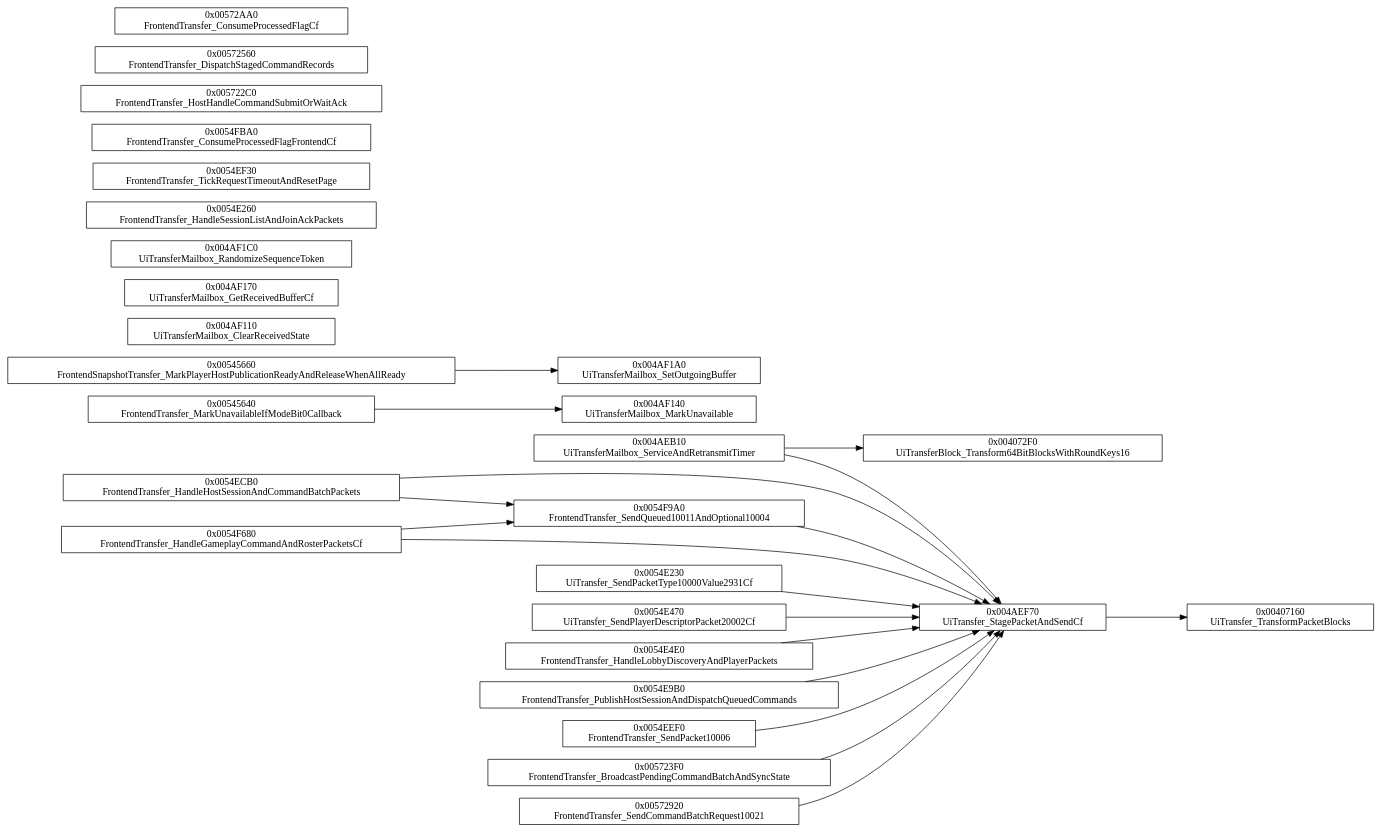
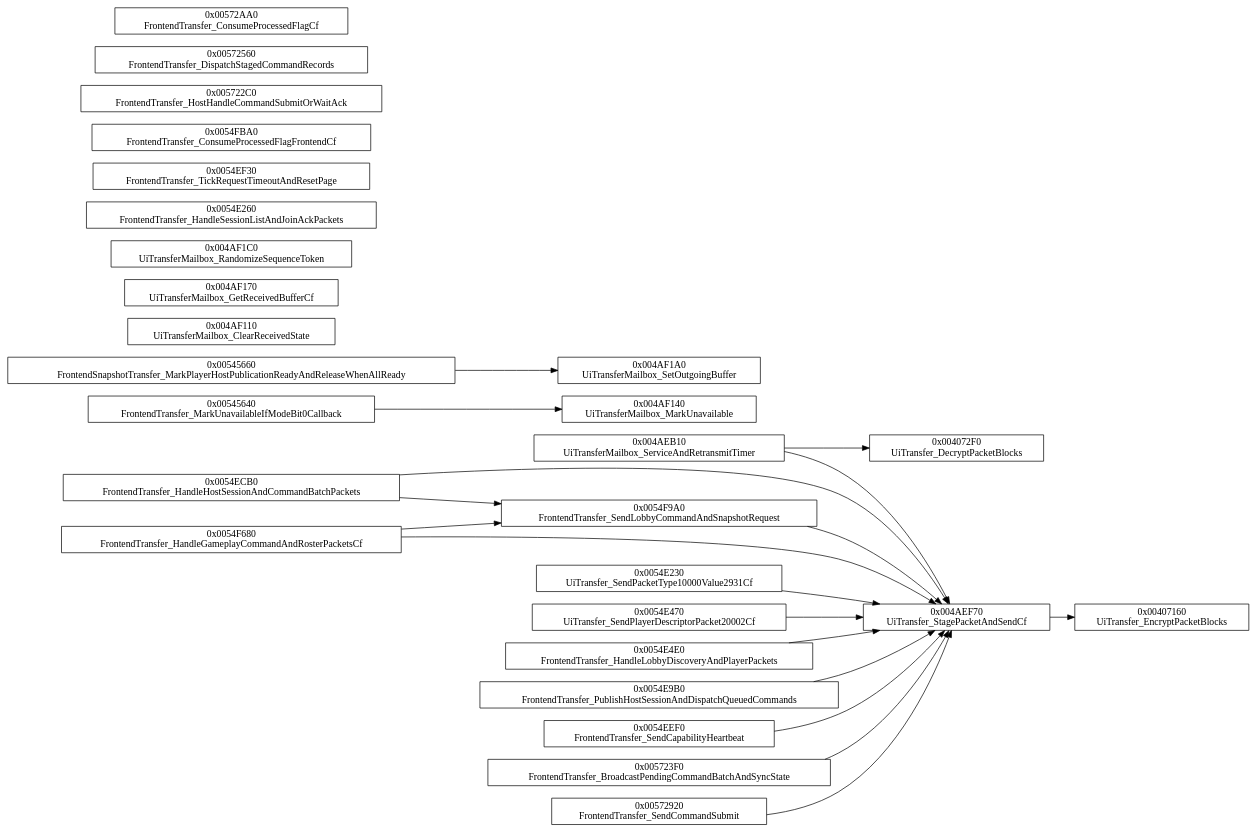
Before and after one commit to idkFoxes/open-thandor: the diagram in docs/callgraphs/network/protocol/transfer.dot, drawn with Graphviz. The commit also changed 238 other files, not shown here.

```diff
--- a/docs/callgraphs/network/protocol/transfer.dot
+++ b/docs/callgraphs/network/protocol/transfer.dot
@@ -1,48 +1,48 @@
 digraph thandor {
   rankdir=LR;
   node [shape=box];
   "UiTransferMailbox_ServiceAndRetransmitTimer" [label="0x004AEB10\nUiTransferMailbox_ServiceAndRetransmitTimer"];
   "FrontendTransfer_HandleHostSessionAndCommandBatchPackets" [label="0x0054ECB0\nFrontendTransfer_HandleHostSessionAndCommandBatchPackets"];
   "FrontendTransfer_HandleGameplayCommandAndRosterPackets" [label="0x0054F680\nFrontendTransfer_HandleGameplayCommandAndRosterPacketsCf"];
   "FrontendTransfer_MarkUnavailableIfModeBit0Callback" [label="0x00545640\nFrontendTransfer_MarkUnavailableIfModeBit0Callback"];
   "FrontendSnapshotTransfer_MarkPlayerHostPublicationReadyAndReleaseWhenAllReady" [label="0x00545660\nFrontendSnapshotTransfer_MarkPlayerHostPublicationReadyAndReleaseWhenAllReady"];
-  "UiTransfer_SendPacketType10000Value2931" [label="0x0054E230\nUiTransfer_SendPacketType10000Value2931Cf"];
-  "UiTransfer_SendPlayerDescriptorPacket20002" [label="0x0054E470\nUiTransfer_SendPlayerDescriptorPacket20002Cf"];
+  "UiTransfer_SendDiscoveryProbe" [label="0x0054E230\nUiTransfer_SendPacketType10000Value2931Cf"];
+  "UiTransfer_SendPlayerDescriptor" [label="0x0054E470\nUiTransfer_SendPlayerDescriptorPacket20002Cf"];
   "FrontendTransfer_HandleLobbyDiscoveryAndPlayerPackets" [label="0x0054E4E0\nFrontendTransfer_HandleLobbyDiscoveryAndPlayerPackets"];
   "FrontendTransfer_PublishHostSessionAndDispatchQueuedCommands" [label="0x0054E9B0\nFrontendTransfer_PublishHostSessionAndDispatchQueuedCommands"];
-  "FrontendTransfer_SendPacket10006" [label="0x0054EEF0\nFrontendTransfer_SendPacket10006"];
+  "FrontendTransfer_SendCapabilityHeartbeat" [label="0x0054EEF0\nFrontendTransfer_SendCapabilityHeartbeat"];
   "FrontendTransfer_BroadcastPendingCommandBatchAndSyncState" [label="0x005723F0\nFrontendTransfer_BroadcastPendingCommandBatchAndSyncState"];
-  "FrontendTransfer_SendCommandBatchRequest10021" [label="0x00572920\nFrontendTransfer_SendCommandBatchRequest10021"];
+  "FrontendTransfer_SendCommandSubmit" [label="0x00572920\nFrontendTransfer_SendCommandSubmit"];
   "UiTransferMailbox_ClearReceivedState" [label="0x004AF110\nUiTransferMailbox_ClearReceivedState"];
   "UiTransferMailbox_GetReceivedBuffer" [label="0x004AF170\nUiTransferMailbox_GetReceivedBufferCf"];
   "UiTransferMailbox_RandomizeSequenceToken" [label="0x004AF1C0\nUiTransferMailbox_RandomizeSequenceToken"];
   "FrontendTransfer_HandleSessionListAndJoinAckPackets" [label="0x0054E260\nFrontendTransfer_HandleSessionListAndJoinAckPackets"];
   "FrontendTransfer_TickRequestTimeoutAndResetPage" [label="0x0054EF30\nFrontendTransfer_TickRequestTimeoutAndResetPage"];
   "FrontendTransfer_ConsumeProcessedFlagFrontend" [label="0x0054FBA0\nFrontendTransfer_ConsumeProcessedFlagFrontendCf"];
   "FrontendTransfer_HostHandleCommandSubmitOrWaitAck" [label="0x005722C0\nFrontendTransfer_HostHandleCommandSubmitOrWaitAck"];
   "FrontendTransfer_DispatchStagedCommandRecords" [label="0x00572560\nFrontendTransfer_DispatchStagedCommandRecords"];
   "FrontendTransfer_ConsumeProcessedFlag" [label="0x00572AA0\nFrontendTransfer_ConsumeProcessedFlagCf"];
-  "UiTransfer_TransformPacketBlocks" [label="0x00407160\nUiTransfer_TransformPacketBlocks"];
-  "UiTransferBlock_Transform64BitBlocksWithRoundKeys16" [label="0x004072F0\nUiTransferBlock_Transform64BitBlocksWithRoundKeys16"];
+  "UiTransfer_EncryptPacketBlocks" [label="0x00407160\nUiTransfer_EncryptPacketBlocks"];
+  "UiTransfer_DecryptPacketBlocks" [label="0x004072F0\nUiTransfer_DecryptPacketBlocks"];
   "UiTransferMailbox_MarkUnavailable" [label="0x004AF140\nUiTransferMailbox_MarkUnavailable"];
   "UiTransferMailbox_SetOutgoingBuffer" [label="0x004AF1A0\nUiTransferMailbox_SetOutgoingBuffer"];
-  "FrontendTransfer_SendQueued10011AndOptional10004" [label="0x0054F9A0\nFrontendTransfer_SendQueued10011AndOptional10004"];
+  "FrontendTransfer_SendLobbyCommandAndSnapshotRequest" [label="0x0054F9A0\nFrontendTransfer_SendLobbyCommandAndSnapshotRequest"];
   "UiTransfer_StagePacketAndSend" [label="0x004AEF70\nUiTransfer_StagePacketAndSendCf"];
-  "UiTransferMailbox_ServiceAndRetransmitTimer" -> "UiTransferBlock_Transform64BitBlocksWithRoundKeys16";
+  "UiTransferMailbox_ServiceAndRetransmitTimer" -> "UiTransfer_DecryptPacketBlocks";
   "UiTransferMailbox_ServiceAndRetransmitTimer" -> "UiTransfer_StagePacketAndSend";
-  "FrontendTransfer_HandleHostSessionAndCommandBatchPackets" -> "FrontendTransfer_SendQueued10011AndOptional10004";
+  "FrontendTransfer_HandleHostSessionAndCommandBatchPackets" -> "FrontendTransfer_SendLobbyCommandAndSnapshotRequest";
   "FrontendTransfer_HandleHostSessionAndCommandBatchPackets" -> "UiTransfer_StagePacketAndSend";
   "FrontendTransfer_HandleGameplayCommandAndRosterPackets" -> "UiTransfer_StagePacketAndSend";
-  "FrontendTransfer_HandleGameplayCommandAndRosterPackets" -> "FrontendTransfer_SendQueued10011AndOptional10004";
+  "FrontendTransfer_HandleGameplayCommandAndRosterPackets" -> "FrontendTransfer_SendLobbyCommandAndSnapshotRequest";
   "FrontendTransfer_MarkUnavailableIfModeBit0Callback" -> "UiTransferMailbox_MarkUnavailable";
   "FrontendSnapshotTransfer_MarkPlayerHostPublicationReadyAndReleaseWhenAllReady" -> "UiTransferMailbox_SetOutgoingBuffer";
-  "UiTransfer_SendPacketType10000Value2931" -> "UiTransfer_StagePacketAndSend";
-  "UiTransfer_SendPlayerDescriptorPacket20002" -> "UiTransfer_StagePacketAndSend";
+  "UiTransfer_SendDiscoveryProbe" -> "UiTransfer_StagePacketAndSend";
+  "UiTransfer_SendPlayerDescriptor" -> "UiTransfer_StagePacketAndSend";
   "FrontendTransfer_HandleLobbyDiscoveryAndPlayerPackets" -> "UiTransfer_StagePacketAndSend";
   "FrontendTransfer_PublishHostSessionAndDispatchQueuedCommands" -> "UiTransfer_StagePacketAndSend";
-  "FrontendTransfer_SendPacket10006" -> "UiTransfer_StagePacketAndSend";
+  "FrontendTransfer_SendCapabilityHeartbeat" -> "UiTransfer_StagePacketAndSend";
   "FrontendTransfer_BroadcastPendingCommandBatchAndSyncState" -> "UiTransfer_StagePacketAndSend";
-  "FrontendTransfer_SendCommandBatchRequest10021" -> "UiTransfer_StagePacketAndSend";
-  "FrontendTransfer_SendQueued10011AndOptional10004" -> "UiTransfer_StagePacketAndSend";
-  "UiTransfer_StagePacketAndSend" -> "UiTransfer_TransformPacketBlocks";
+  "FrontendTransfer_SendCommandSubmit" -> "UiTransfer_StagePacketAndSend";
+  "FrontendTransfer_SendLobbyCommandAndSnapshotRequest" -> "UiTransfer_StagePacketAndSend";
+  "UiTransfer_StagePacketAndSend" -> "UiTransfer_EncryptPacketBlocks";
 }
```
